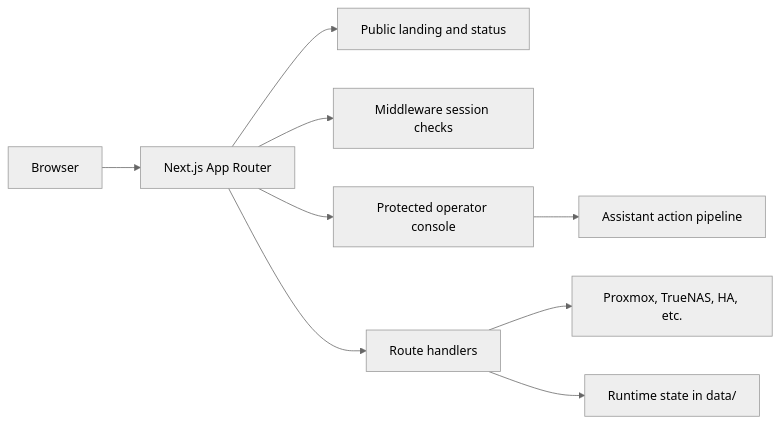
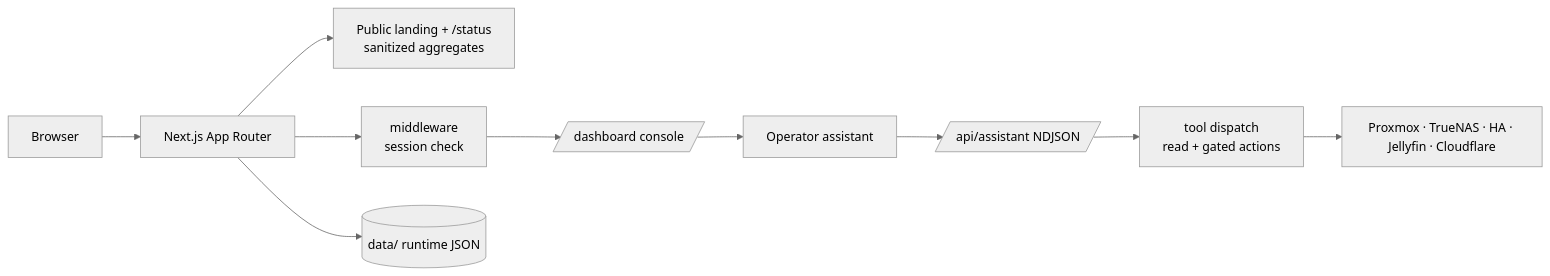
The diagram in README.md (ClGratton/SignalDeck), drawn with Mermaid (neutral theme) before and after one commit. The commit also changed other lines of this file, not shown here.

Commit message:
docs: detailed README — network-safety model + assistant internals/features

````diff
--- a/README.md
+++ b/README.md
@@ -20,11 +25,12 @@
 ```mermaid
 flowchart LR
-  Browser[Browser] --> App[Next.js App Router]
-  App --> Public[Public landing and status]
-  App --> Auth[Middleware session checks]
-  App --> Console[Protected operator console]
-  Console --> Assistant[Assistant action pipeline]
-  App --> API[Route handlers]
-  API --> Backends[Proxmox, TrueNAS, HA, etc.]
-  API --> State[Runtime state in data/]
+  Browser --> App[Next.js App Router]
+  App --> Public[Public landing + /status<br/>sanitized aggregates]
+  App --> MW[middleware<br/>session check]
+  MW --> Console[/dashboard console/]
+  Console --> Sidebar[Operator assistant]
+  Sidebar --> Stream[/api/assistant NDJSON/]
+  Stream --> Tools[tool dispatch<br/>read + gated actions]
+  Tools --> Backends[Proxmox · TrueNAS · HA · Jellyfin · Cloudflare]
+  App --> State[(data/ runtime JSON)]
 ```
````
